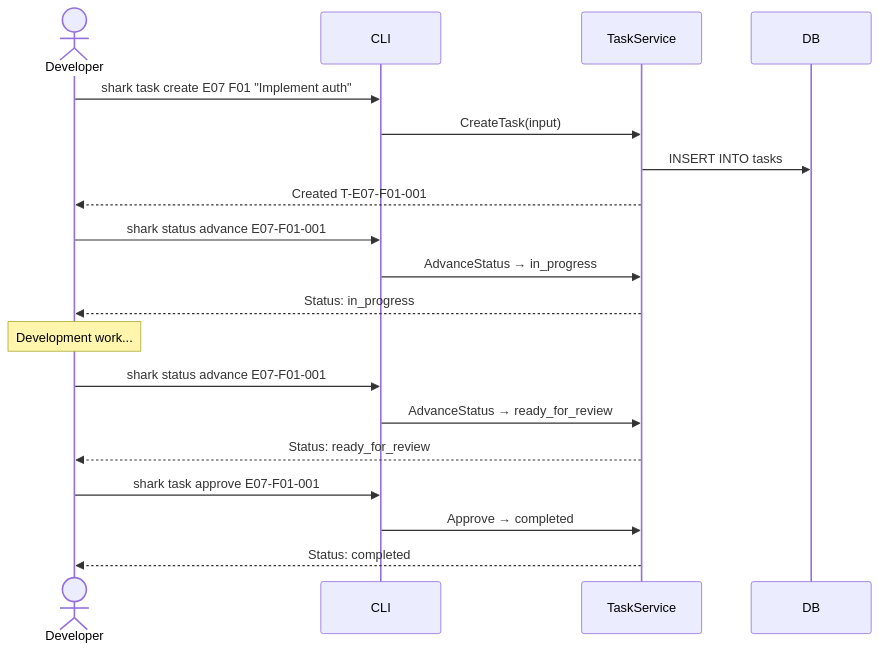
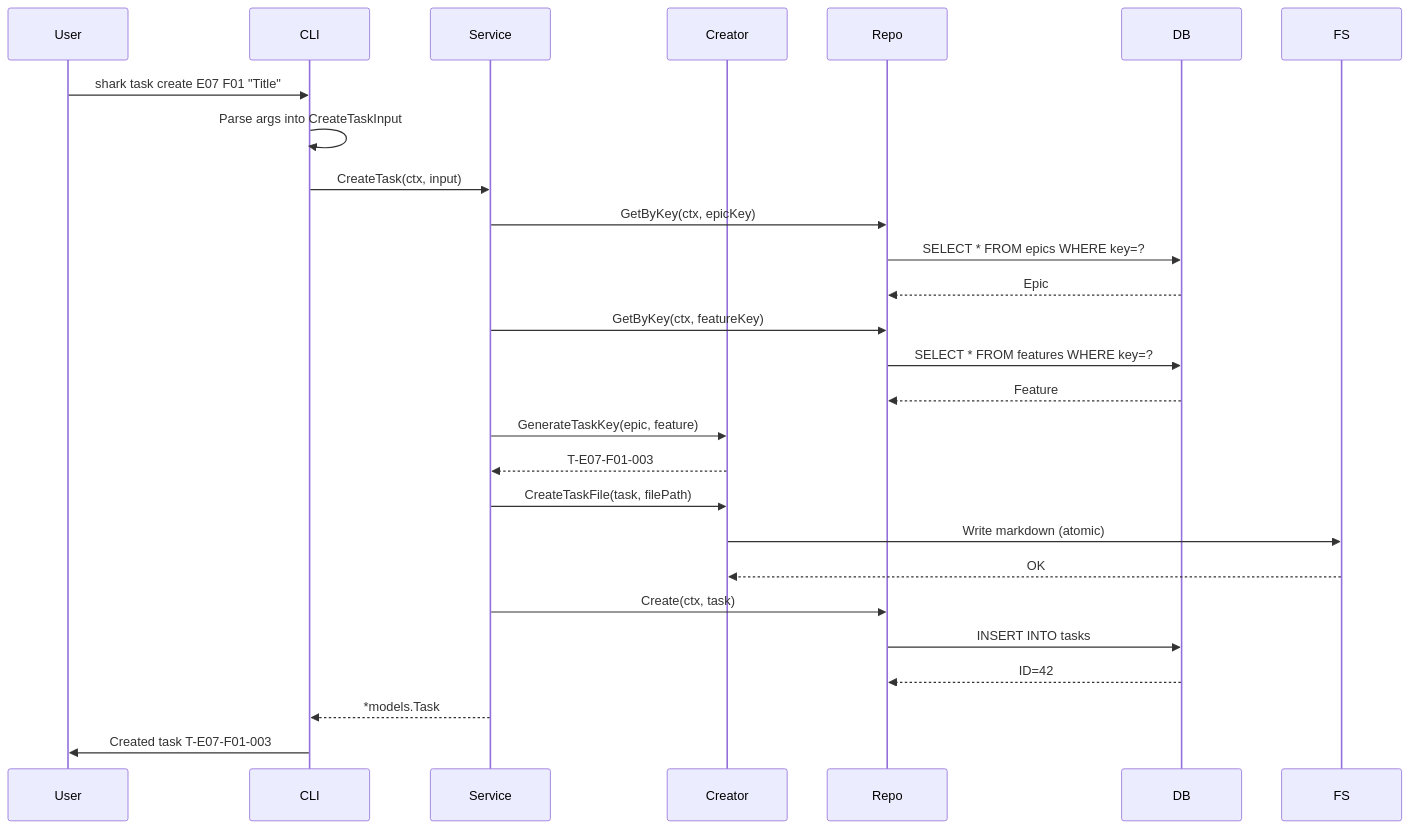
One commit to jwwelbor/shark-task-manager changed the third of 7 diagrams in brownfield-docs/behavior/workflows.md. Above: the diagram before and after it, drawn with Mermaid. The commit also changed other lines of this file and 47 other files, not shown here.

````diff
--- a/brownfield-docs/behavior/workflows.md
+++ b/brownfield-docs/behavior/workflows.md
@@ -14,26 +53,30 @@
 ```mermaid
 sequenceDiagram
-    actor Dev as Developer
+    participant User
     participant CLI
-    participant Svc as TaskService
+    participant Service
+    participant Creator
+    participant Repo
     participant DB
+    participant FS
 
-    Dev->>CLI: shark task create E07 F01 "Implement auth"
-    CLI->>Svc: CreateTask(input)
-    Svc->>DB: INSERT INTO tasks
-    Svc-->>Dev: Created T-E07-F01-001
-
-    Dev->>CLI: shark status advance E07-F01-001
-    CLI->>Svc: AdvanceStatus → in_progress
-    Svc-->>Dev: Status: in_progress
-
-    Note over Dev: Development work...
-
-    Dev->>CLI: shark status advance E07-F01-001
-    CLI->>Svc: AdvanceStatus → ready_for_review
-    Svc-->>Dev: Status: ready_for_review
-
-    Dev->>CLI: shark task approve E07-F01-001
-    CLI->>Svc: Approve → completed
-    Svc-->>Dev: Status: completed
+    User->>CLI: shark task create E07 F01 "Title"
+    CLI->>CLI: Parse args into CreateTaskInput
+    CLI->>Service: CreateTask(ctx, input)
+    Service->>Repo: GetByKey(ctx, epicKey)
+    Repo->>DB: SELECT * FROM epics WHERE key=?
+    DB-->>Repo: Epic
+    Service->>Repo: GetByKey(ctx, featureKey)
+    Repo->>DB: SELECT * FROM features WHERE key=?
+    DB-->>Repo: Feature
+    Service->>Creator: GenerateTaskKey(epic, feature)
+    Creator-->>Service: T-E07-F01-003
+    Service->>Creator: CreateTaskFile(task, filePath)
+    Creator->>FS: Write markdown (atomic)
+    FS-->>Creator: OK
+    Service->>Repo: Create(ctx, task)
+    Repo->>DB: INSERT INTO tasks
+    DB-->>Repo: ID=42
+    Service-->>CLI: *models.Task
+    CLI->>User: Created task T-E07-F01-003
 ```
````
